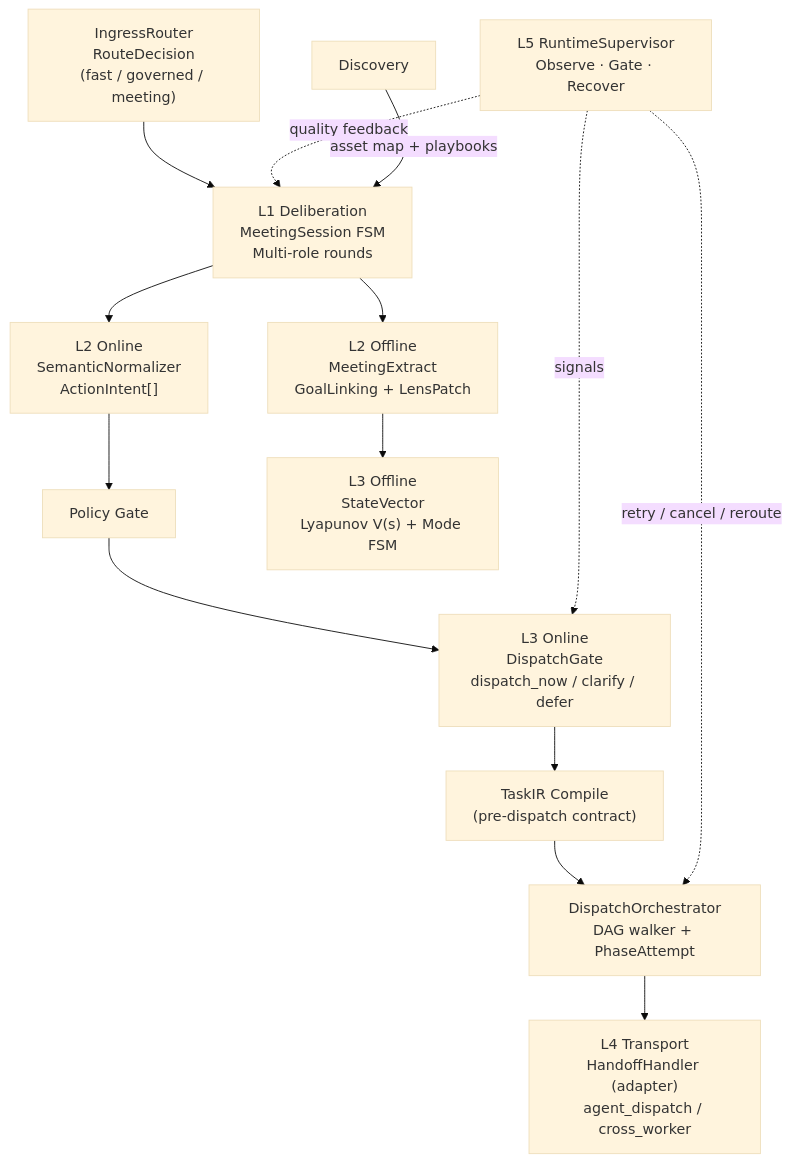
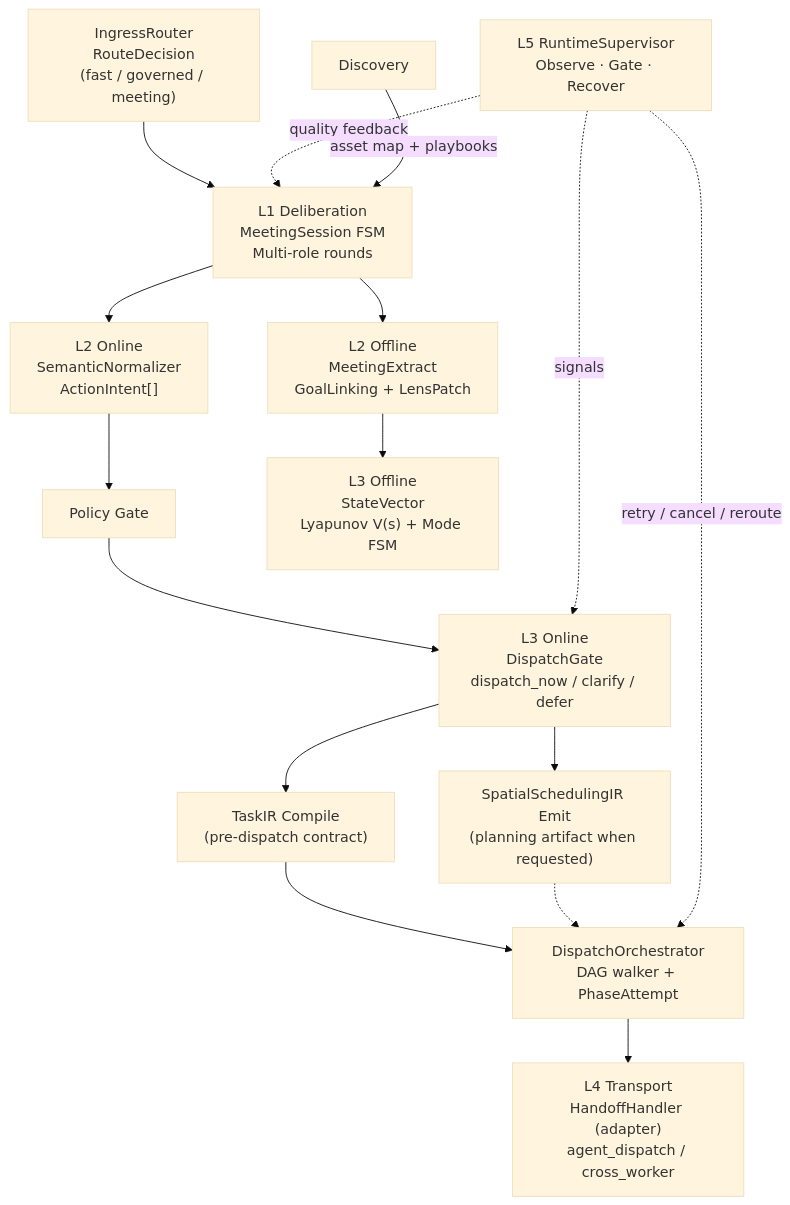
The diagram in docs/core-architecture/meeting-engine-dispatch.md (HansC-anafter/mindscape-ai-local-core), drawn with Mermaid (base theme) before and after one commit. The commit also changed other lines of this file and 145 other files, not shown here.

````diff
--- a/docs/core-architecture/meeting-engine-dispatch.md
+++ b/docs/core-architecture/meeting-engine-dispatch.md
@@ -16,16 +16,18 @@
 ```mermaid
 graph TD
     IR["IngressRouter<br/>RouteDecision<br/>(fast / governed / meeting)"] --> L1
     L1["L1 Deliberation<br/>MeetingSession FSM<br/>Multi-role rounds"] --> L2O["L2 Online<br/>SemanticNormalizer<br/>ActionIntent[]"]
     L2O --> PG["Policy Gate"]
     PG --> L3O["L3 Online<br/>DispatchGate<br/>dispatch_now / clarify / defer"]
     L3O --> TIR["TaskIR Compile<br/>(pre-dispatch contract)"]
+    L3O --> SSIR["SpatialSchedulingIR Emit<br/>(planning artifact when requested)"]
     TIR --> DO["DispatchOrchestrator<br/>DAG walker + PhaseAttempt"]
+    SSIR -.-> DO
     DO --> L4["L4 Transport<br/>HandoffHandler (adapter)<br/>agent_dispatch / cross_worker"]
     L5["L5 RuntimeSupervisor<br/>Observe · Gate · Recover"] -.->|"signals"| L3O
     L5 -.->|"retry / cancel / reroute"| DO
     L5 -.->|"quality feedback"| L1
     L2X["L2 Offline<br/>MeetingExtract<br/>GoalLinking + LensPatch"] --> L3X["L3 Offline<br/>StateVector<br/>Lyapunov V(s) + Mode FSM"]
     L1 --> L2X
     WD["Discovery"] -->|"asset map + playbooks"| L1
 ```
````
